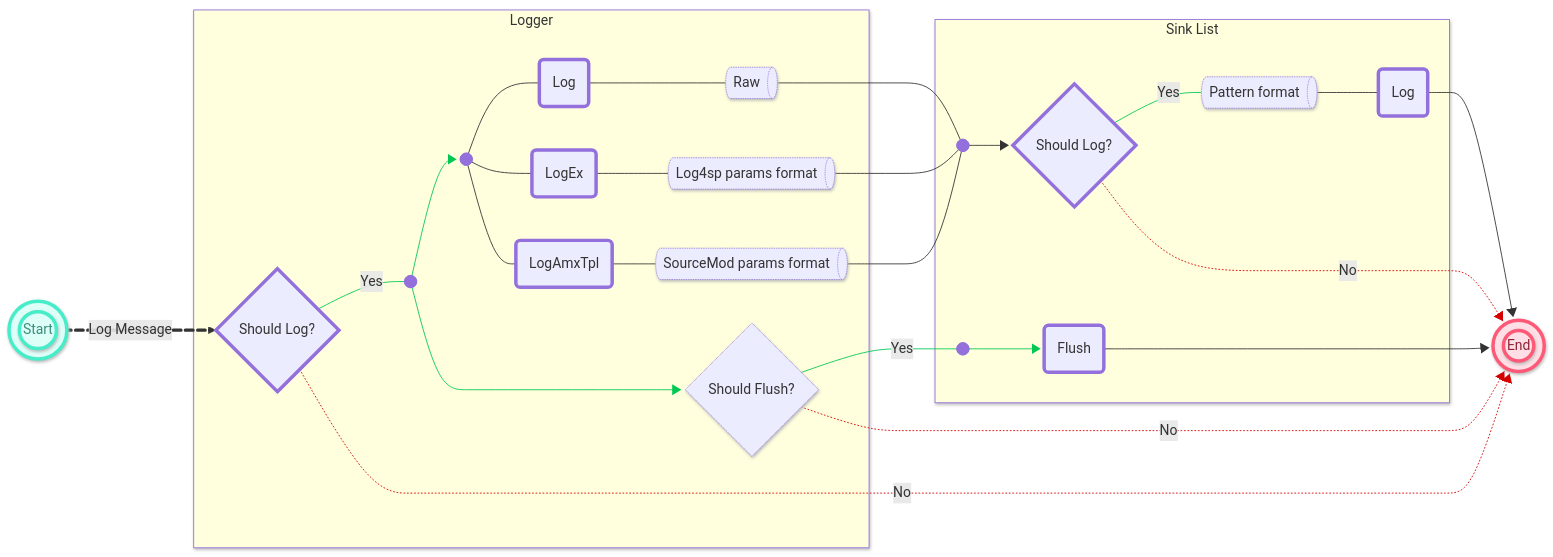
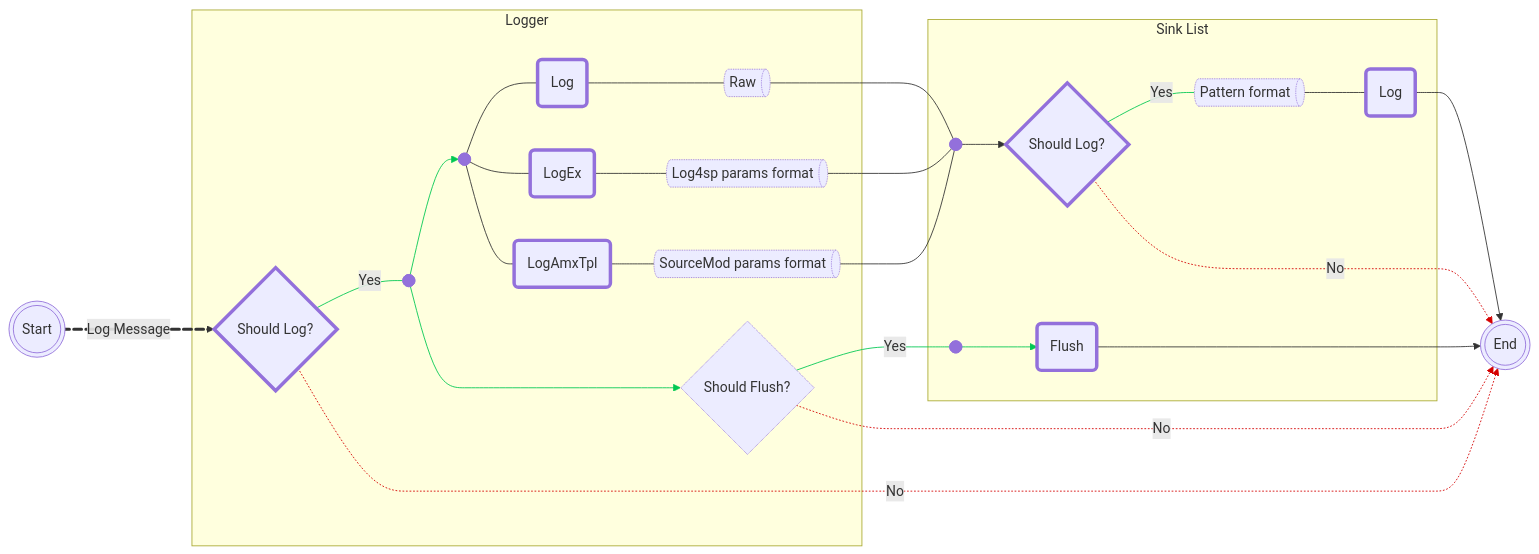
The diagram in readme-chi.md (F1F88/sm-ext-log4sp), drawn with Mermaid before and after one commit. The commit also changed other lines of this file and 1 other file, not shown here.

````diff
--- a/readme-chi.md
+++ b/readme-chi.md
@@ -288,10 +288,4 @@
 ```mermaid
----
-config:
-  theme: mc
-  layout: dagre
-  look: neo
----
 flowchart LR
  subgraph Logger["Logger"]
         LoggerShouldLog{"Should Log?"}
@@ -333,18 +327,14 @@
     SinkPatternFormat --- SinkLog
     SinkLog --> Stop
     SinkShouldLog -. No .-> Stop
-    LoggerShouldJunction@{ shape: f-circ}
-    LoggerLogJunction@{ shape: f-circ}
+    LoggerShouldJunction@{ shape: junction}
+    LoggerLogJunction@{ shape: junction}
     LoggerLogFormat@{ shape: das}
     LoggerLogExFormat@{ shape: das}
     LoggerLogAmxTplFormat@{ shape: das}
-    SinkShouldJunction@{ shape: f-circ}
+    SinkShouldJunction@{ shape: junction}
     SinkPatternFormat@{ shape: das}
-    SinkFlushJunction@{ shape: f-circ}
-     Start:::Aqua
-     Stop:::Rose
-    classDef Rose stroke-width:1px, stroke-dasharray:none, stroke:#FF5978, fill:#FFDFE5, color:#8E2236
-    classDef Aqua stroke-width:1px, stroke-dasharray:none, stroke:#46EDC8, fill:#DEFFF8, color:#378E7A
+    SinkFlushJunction@{ shape: junction}
     style LoggerShouldLog stroke-width:4px,stroke-dasharray: 0
     style LoggerShouldFlush stroke-width:1px,stroke-dasharray: 1
     style LoggerLog stroke-width:4px,stroke-dasharray: 0
@@ -357,15 +347,6 @@
     style SinkLog stroke-width:4px,stroke-dasharray: 0
     style SinkPatternFormat stroke-width:1px,stroke-dasharray: 1
     style SinkFlush stroke-width:4px,stroke-dasharray: 0
-    style Start stroke-width:4px,stroke-dasharray: 0
-    style Stop stroke-width:4px,stroke-dasharray: 0
-    click LoggerShouldLog "https://github.com/F1F88/sm-ext-log4sp/blob/main/sourcemod/scripting/include/log4sp/logger.inc#L155"
-    click LoggerLog "https://github.com/F1F88/sm-ext-log4sp/blob/main/sourcemod/scripting/include/log4sp/logger.inc#L163"
-    click LoggerLogEx "https://github.com/F1F88/sm-ext-log4sp/blob/main/sourcemod/scripting/include/log4sp/logger.inc#L164"
-    click LoggerLogAmxTpl "https://github.com/F1F88/sm-ext-log4sp/blob/main/sourcemod/scripting/include/log4sp/logger.inc#L165"
-    click SinkShouldLog "https://github.com/F1F88/sm-ext-log4sp/blob/main/sourcemod/scripting/include/log4sp/sinks/sink.inc#L58"
-    click SinkLog "https://github.com/F1F88/sm-ext-log4sp/blob/main/sourcemod/scripting/include/log4sp/sinks/sink.inc#L72"
-    click SinkFlush "https://github.com/F1F88/sm-ext-log4sp/blob/main/sourcemod/scripting/include/log4sp/sinks/sink.inc#L98"
     linkStyle 1 stroke:#00C853,fill:none
     linkStyle 2 stroke:#00C853,fill:none
     linkStyle 3 stroke:#00C853,fill:none
````
